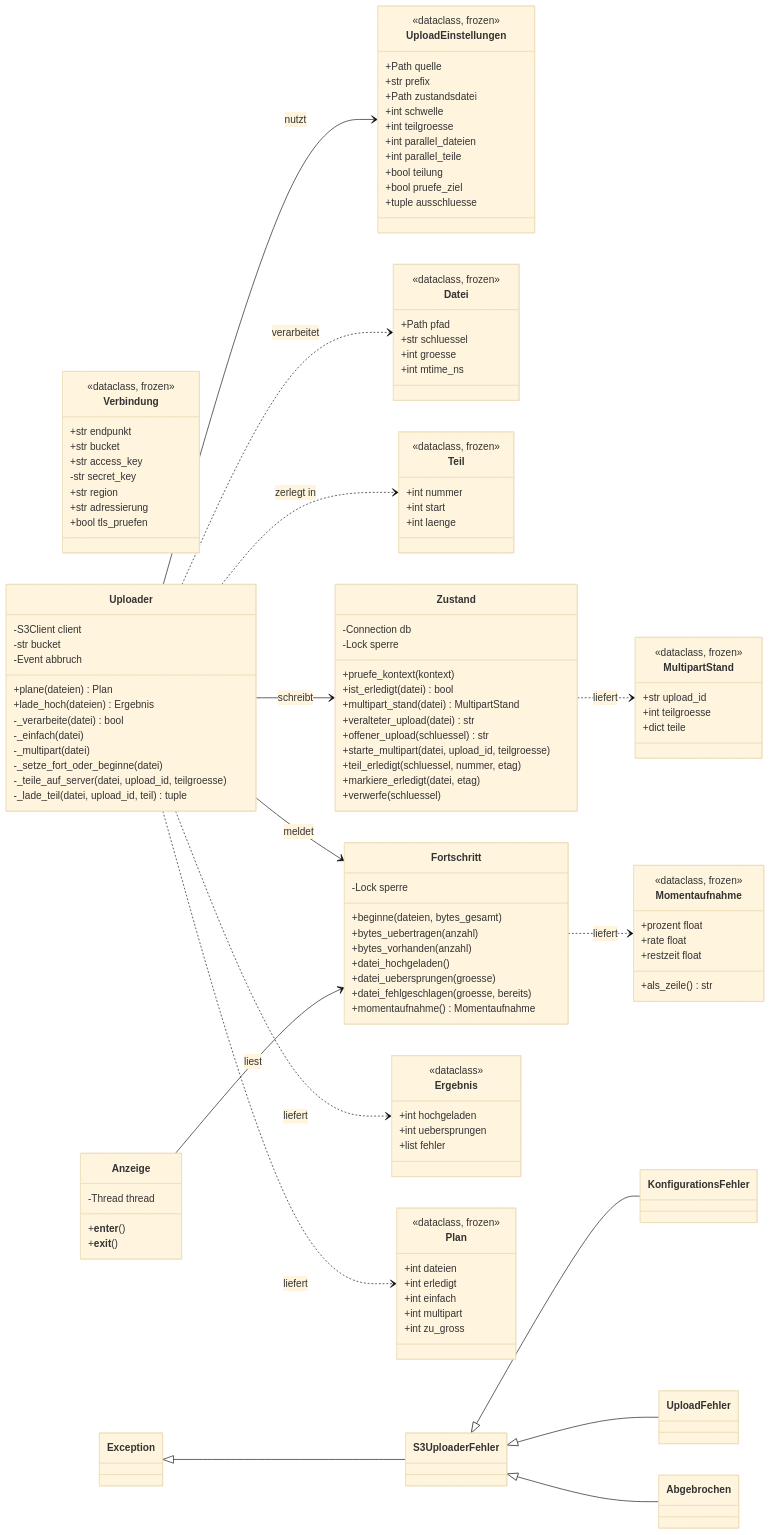
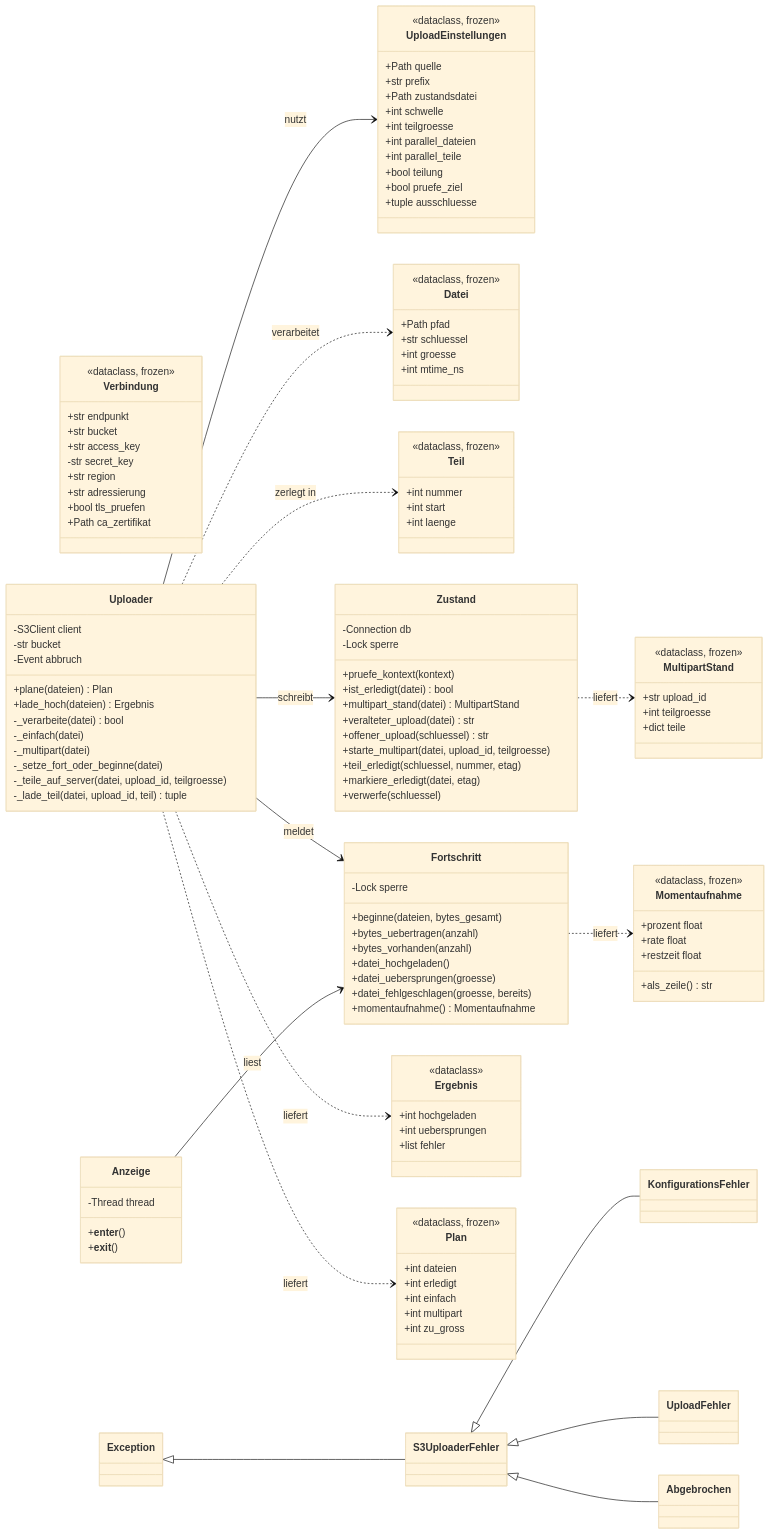
The second of 5 diagrams in docs/architektur.md (Weitenbummler/s3-uploader), drawn with Mermaid (base theme) before and after one commit. The commit also changed other lines of this file and 4 other files, not shown here.

```diff
--- a/docs/architektur.md
+++ b/docs/architektur.md
@@ -57,6 +57,7 @@
         +str region
         +str adressierung
         +bool tls_pruefen
+        +Path ca_zertifikat
     }
 
     class UploadEinstellungen {
```
